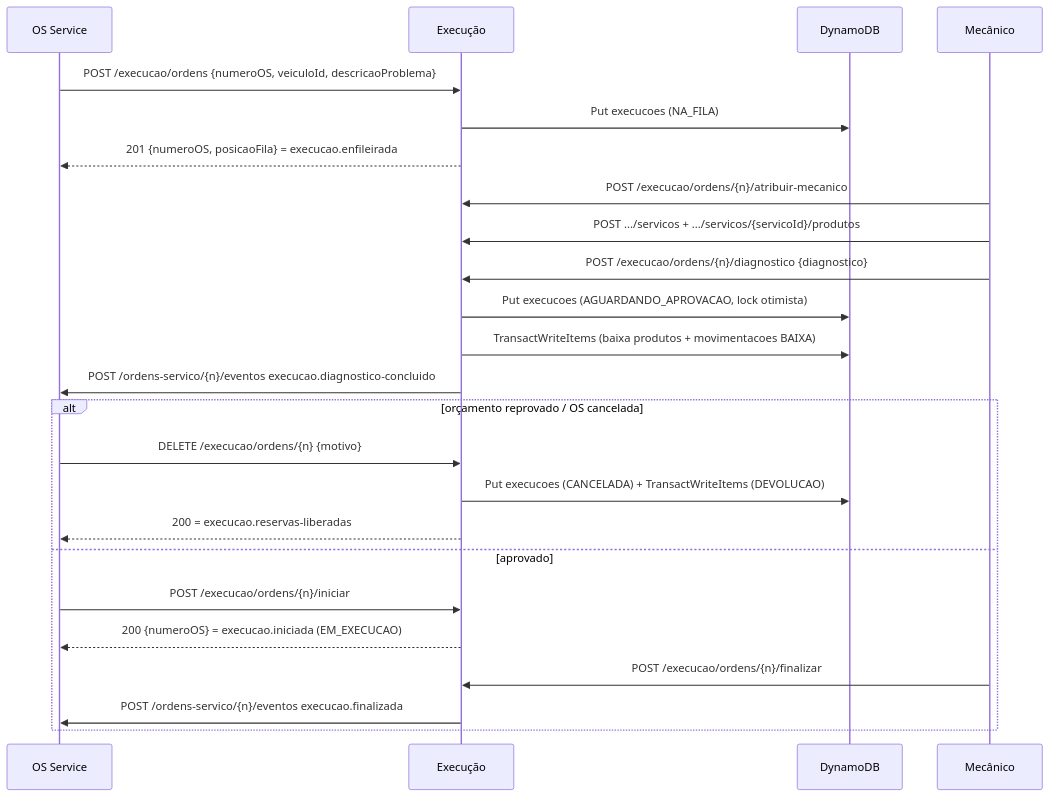
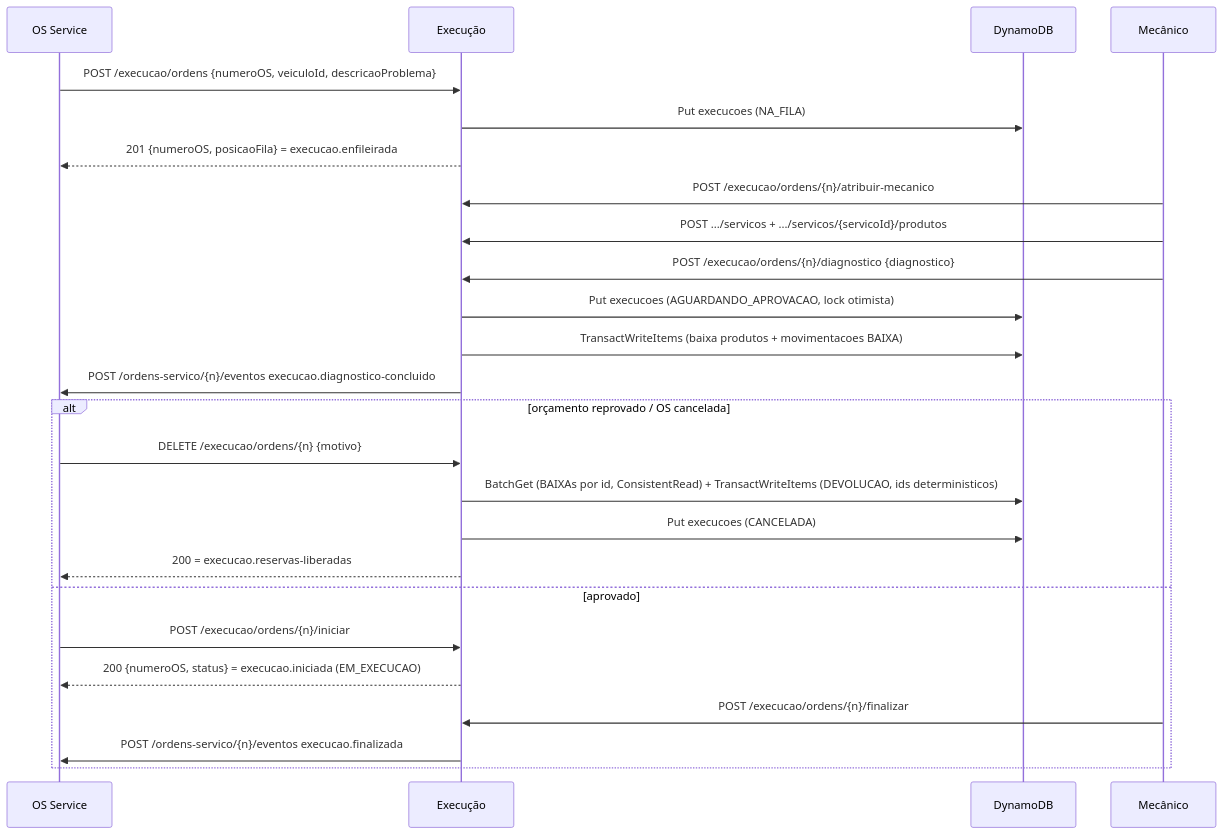
Before and after one commit to guilhermeqmaia/soat-fiap-oficina-execucao-service: the diagram in README.md, drawn with Mermaid. The commit also changed other lines of this file and 3 other files, not shown here.

````diff
--- a/README.md
+++ b/README.md
@@ -77,26 +80,27 @@
 ```mermaid
 sequenceDiagram
   participant O as OS Service
   participant E as Execução
   participant D as DynamoDB
   participant M as Mecânico
   O->>E: POST /execucao/ordens {numeroOS, veiculoId, descricaoProblema}
   E->>D: Put execucoes (NA_FILA)
   E-->>O: 201 {numeroOS, posicaoFila} = execucao.enfileirada
   M->>E: POST /execucao/ordens/{n}/atribuir-mecanico
   M->>E: POST .../servicos  +  .../servicos/{servicoId}/produtos
   M->>E: POST /execucao/ordens/{n}/diagnostico {diagnostico}
   E->>D: Put execucoes (AGUARDANDO_APROVACAO, lock otimista)
   E->>D: TransactWriteItems (baixa produtos + movimentacoes BAIXA)
   E->>O: POST /ordens-servico/{n}/eventos  execucao.diagnostico-concluido
   alt orçamento reprovado / OS cancelada
     O->>E: DELETE /execucao/ordens/{n} {motivo}
-    E->>D: Put execucoes (CANCELADA) + TransactWriteItems (DEVOLUCAO)
+    E->>D: BatchGet (BAIXAs por id, ConsistentRead) + TransactWriteItems (DEVOLUCAO, ids deterministicos)
+    E->>D: Put execucoes (CANCELADA)
     E-->>O: 200 = execucao.reservas-liberadas
   else aprovado
     O->>E: POST /execucao/ordens/{n}/iniciar
-    E-->>O: 200 {numeroOS} = execucao.iniciada (EM_EXECUCAO)
+    E-->>O: 200 {numeroOS, status} = execucao.iniciada (EM_EXECUCAO)
     M->>E: POST /execucao/ordens/{n}/finalizar
     E->>O: POST /ordens-servico/{n}/eventos  execucao.finalizada
   end
 ```
````
